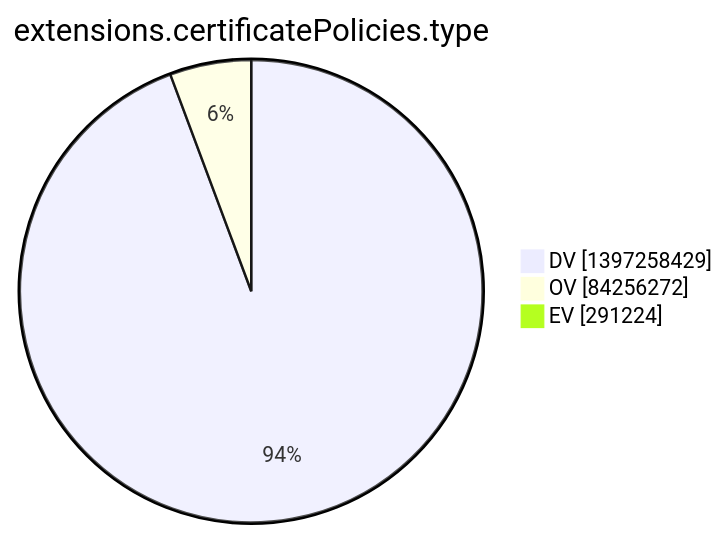
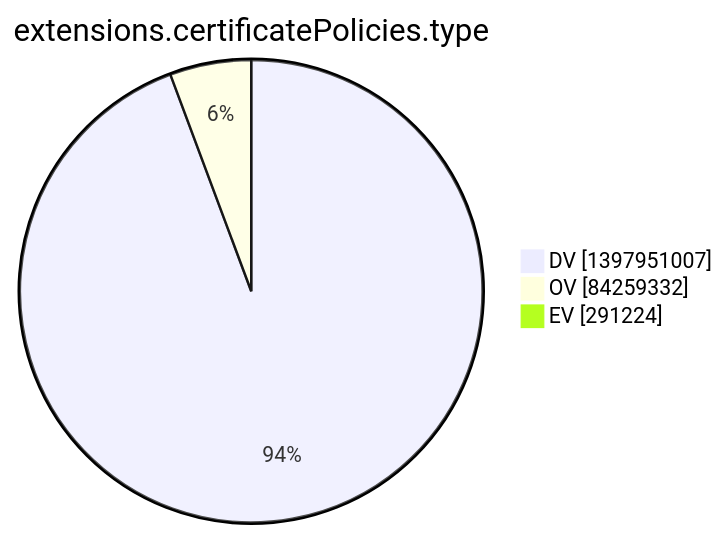
One commit to christiankrug/ctmonitor_visualization changed the tenth of 15 diagrams in argon2022/README.md. Above: the diagram before and after it, drawn with Mermaid. The commit also changed other lines of this file, not shown here.

````diff
--- a/argon2022/README.md
+++ b/argon2022/README.md
@@ -2773,7 +2773,7 @@
 ```mermaid
 pie showData
 title extensions.certificatePolicies.type
-"DV" :1397258429
-"OV" :84256272
+"DV" :1397951007
+"OV" :84259332
 "EV" :291224
 ```
````
